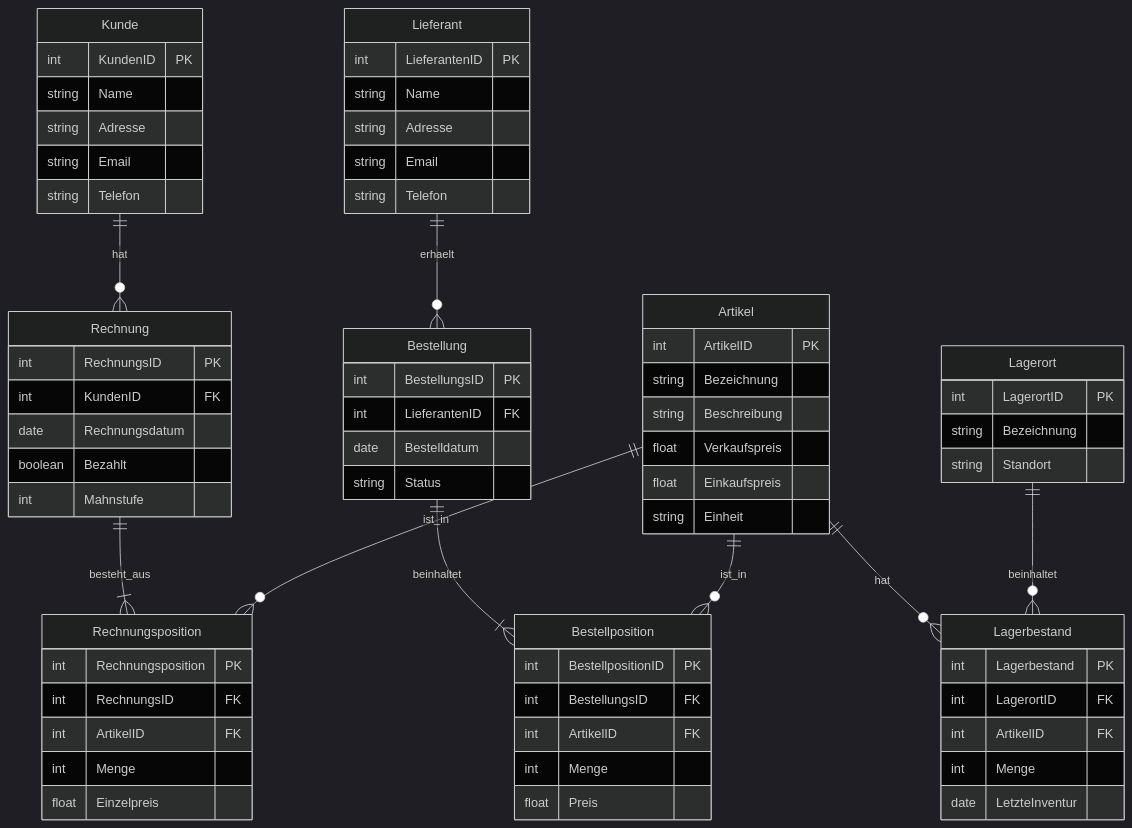
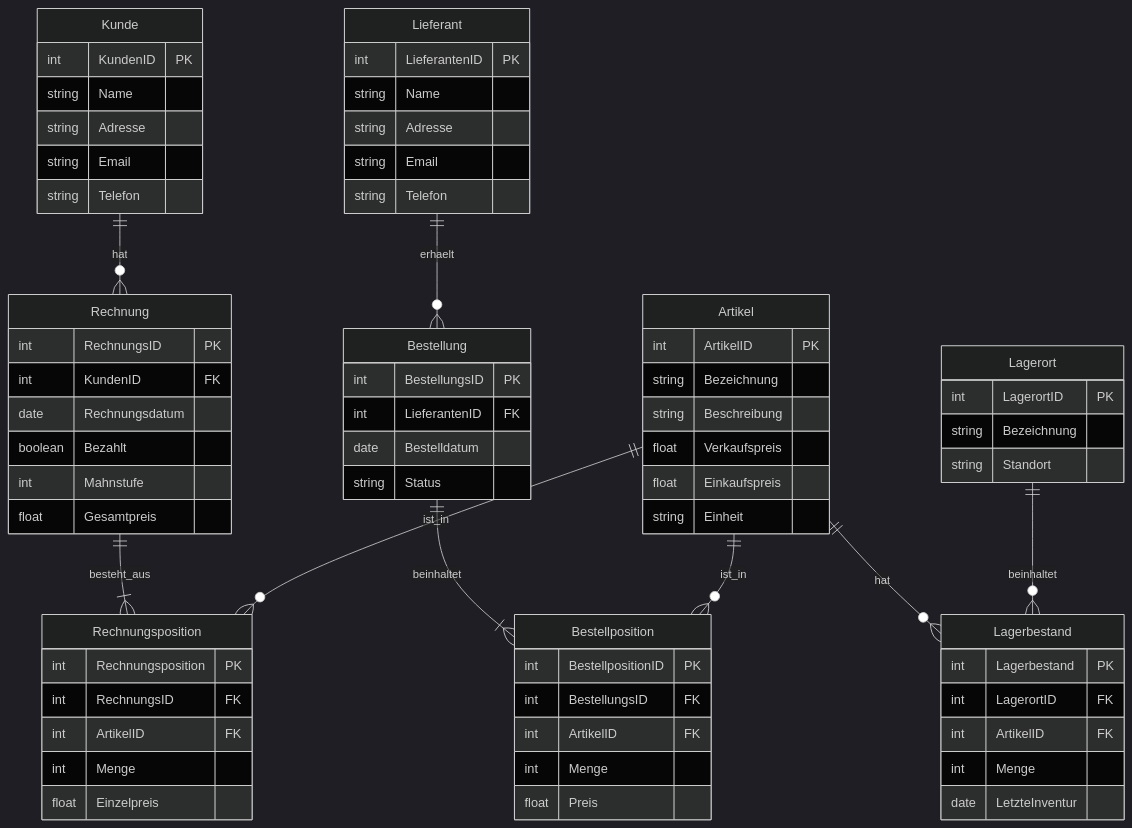
One commit to DevSevi/ERPLittleFlower changed the third of 3 diagrams in dokumentation/Arbeitsdokumentation.md. Above: the diagram before and after it, drawn with Mermaid (dark theme). The commit also changed 25 other files, not shown here.

````diff
--- a/dokumentation/Arbeitsdokumentation.md
+++ b/dokumentation/Arbeitsdokumentation.md
@@ -198,81 +198,82 @@
 ```mermaid
 erDiagram
     Kunde ||--o{ Rechnung : hat
     Rechnung ||--|{ Rechnungsposition : besteht_aus
     Artikel ||--o{ Rechnungsposition : ist_in
     Artikel ||--o{ Lagerbestand : hat
     Lagerort ||--o{ Lagerbestand : beinhaltet
     Lieferant ||--o{ Bestellung : erhaelt
     Bestellung ||--|{ Bestellposition : beinhaltet
     Artikel ||--o{ Bestellposition : ist_in
 
     Kunde {
         int KundenID PK
         string Name
         string Adresse
         string Email
         string Telefon
     }
 
     Lieferant {
         int LieferantenID PK
         string Name
         string Adresse
         string Email
         string Telefon
     }
 
     Artikel {
         int ArtikelID PK
         string Bezeichnung
         string Beschreibung
         float Verkaufspreis
         float Einkaufspreis
         string Einheit
     }
 
     Lagerort {
         int LagerortID PK
         string Bezeichnung
         string Standort
     }
 
     Lagerbestand {
         int Lagerbestand PK
         int LagerortID FK
         int ArtikelID FK
         int Menge
         date LetzteInventur
     }
 
     Rechnung {
         int RechnungsID PK
         int KundenID FK
         date Rechnungsdatum
         boolean Bezahlt
         int Mahnstufe
+        float Gesamtpreis
     }
 
     Rechnungsposition {
         int Rechnungsposition PK
         int RechnungsID FK
         int ArtikelID FK
         int Menge
         float Einzelpreis
     }
 
     Bestellung {
         int BestellungsID PK
         int LieferantenID FK
         date Bestelldatum
         string Status
     }
 
     Bestellposition {
         int BestellpositionID PK
         int BestellungsID FK
         int ArtikelID FK
         int Menge
         float Preis
     }
 ```
````
